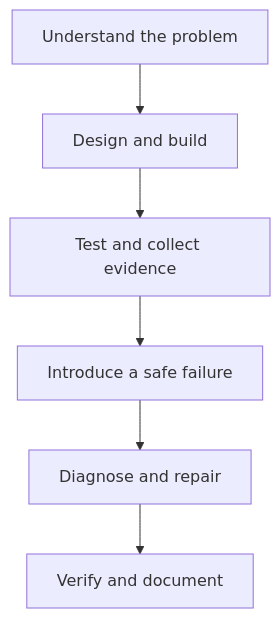
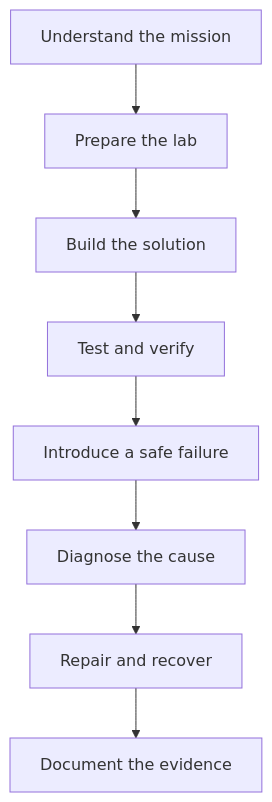
Before and after one commit to veriqta/LINUX-WORLD: the diagram in 04-Projects/01. Junior/README.md, drawn with Mermaid. The commit also changed other lines of this file, not shown here.

````diff
--- a/04-Projects/01. Junior/README.md
+++ b/04-Projects/01. Junior/README.md
@@ -40,8 +34,10 @@
 ```mermaid
 flowchart TD
-    A[Understand the problem] --> B[Design and build]
-    B --> C[Test and collect evidence]
-    C --> D[Introduce a safe failure]
-    D --> E[Diagnose and repair]
-    E --> F[Verify and document]
+    A[Understand the mission] --> B[Prepare the lab]
+    B --> C[Build the solution]
+    C --> D[Test and verify]
+    D --> E[Introduce a safe failure]
+    E --> F[Diagnose the cause]
+    F --> G[Repair and recover]
+    G --> H[Document the evidence]
 ```
````
